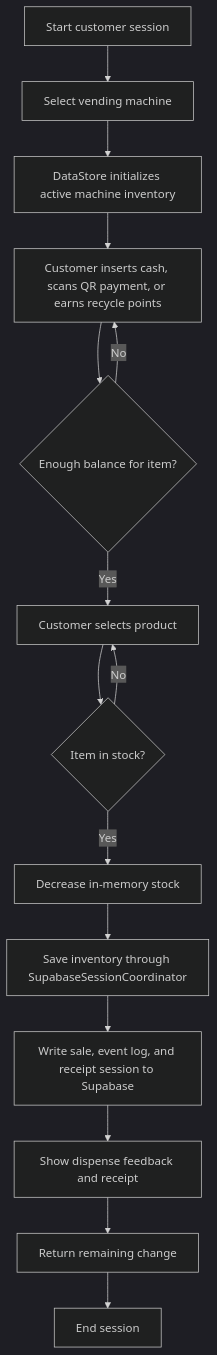
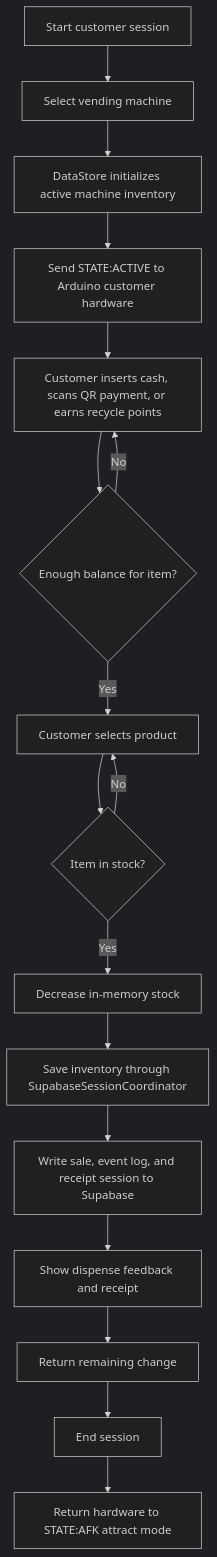
One commit to SeanixReal/Eco-Matic-WPF-Supabase changed the diagram in docs/diagrams/CUSTOMER_BUYING_FLOW.md. Above: the diagram before and after it, drawn with Mermaid (dark theme). The commit also changed other lines of this file and 6 other files, not shown here.

````diff
--- a/docs/diagrams/CUSTOMER_BUYING_FLOW.md
+++ b/docs/diagrams/CUSTOMER_BUYING_FLOW.md
@@ -3,17 +3,19 @@
 ```mermaid
 flowchart TD
     A[Start customer session] --> B[Select vending machine]
     B --> C[DataStore initializes active machine inventory]
-    C --> D[Customer inserts cash, scans QR payment, or earns recycle points]
+    C --> C1[Send STATE:ACTIVE to Arduino customer hardware]
+    C1 --> D[Customer inserts cash, scans QR payment, or earns recycle points]
     D --> E{Enough balance for item?}
     E -- No --> D
     E -- Yes --> F[Customer selects product]
     F --> G{Item in stock?}
     G -- No --> F
     G -- Yes --> H[Decrease in-memory stock]
     H --> I[Save inventory through SupabaseSessionCoordinator]
     I --> J[Write sale, event log, and receipt session to Supabase]
     J --> K[Show dispense feedback and receipt]
     K --> L[Return remaining change]
     L --> M[End session]
+    M --> N[Return hardware to STATE:AFK attract mode]
 ```
````
